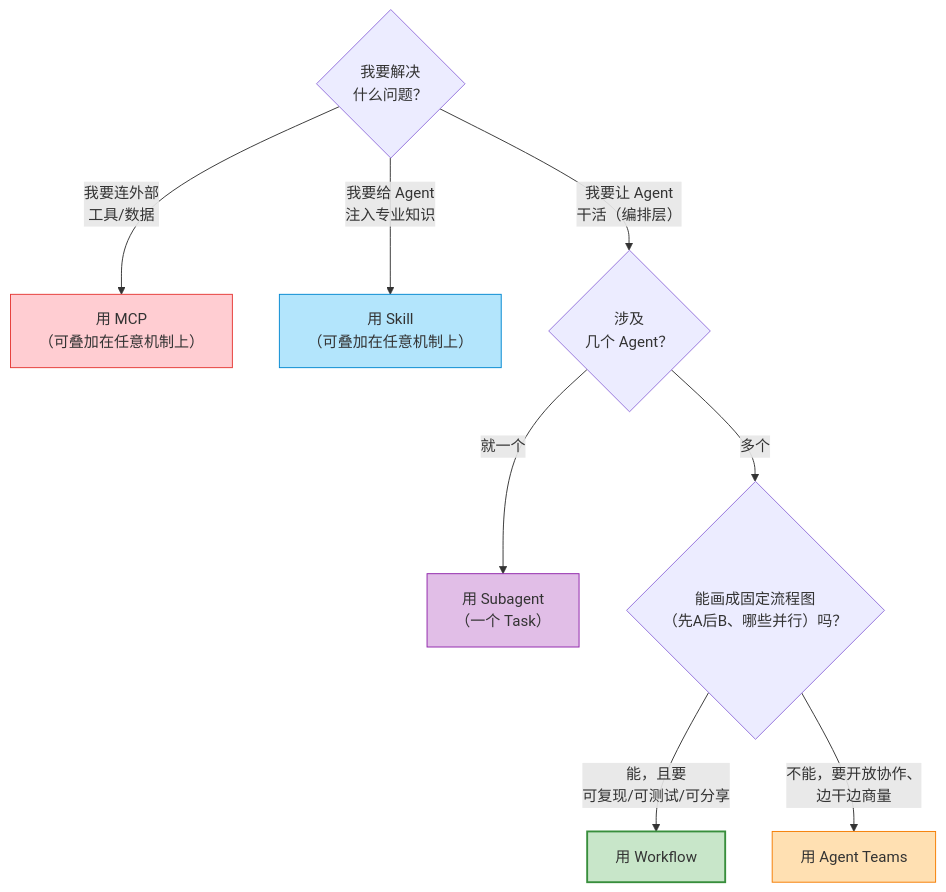
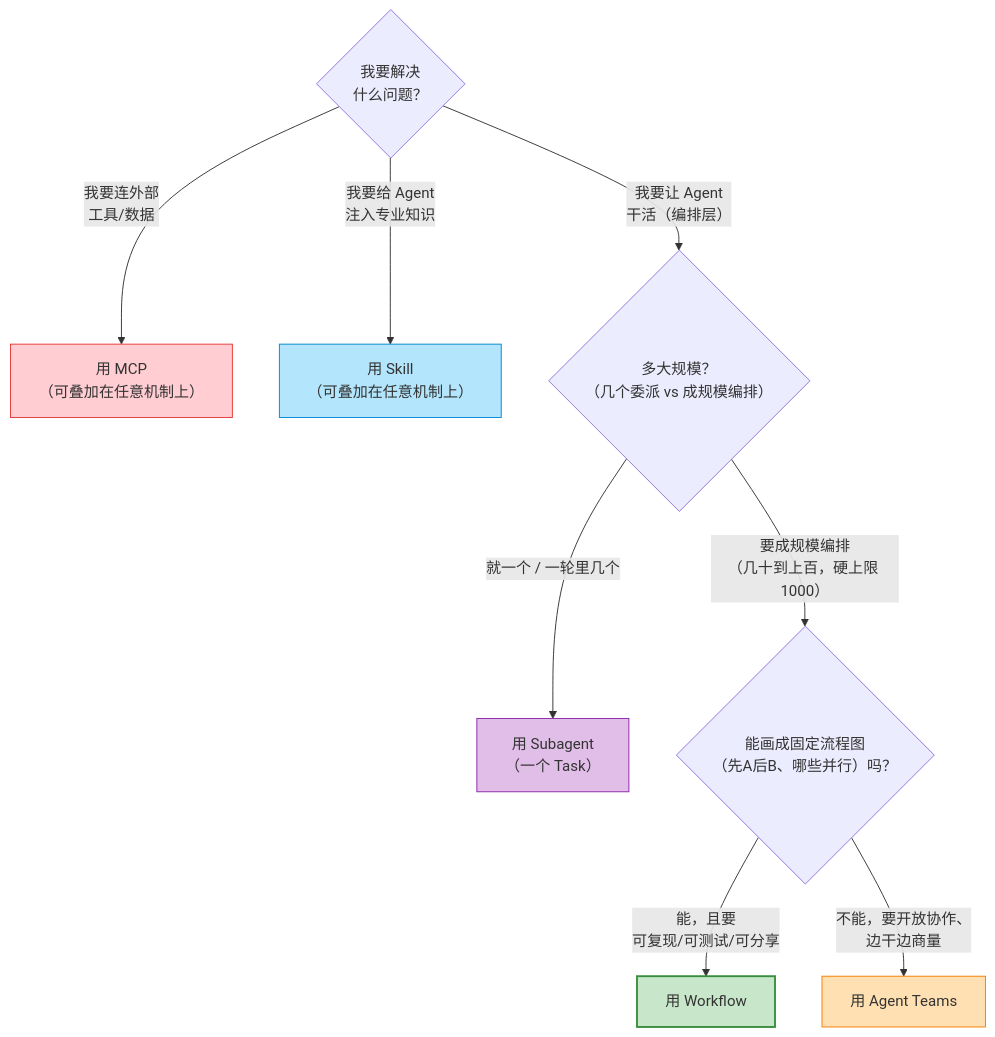
The sixth of 7 diagrams in docs/zh/p1-03-positioning-matrix.md (AGI-is-going-to-arrive/workflow-cookbook), drawn with Mermaid before and after one commit. The commit also changed other lines of this file and 80 other files, not shown here.

````diff
--- a/docs/zh/p1-03-positioning-matrix.md
+++ b/docs/zh/p1-03-positioning-matrix.md
@@ -244,20 +244,20 @@
 ```mermaid
 flowchart TD
     Start{"我要解决<br/>什么问题？"}
 
     Start -->|"我要连外部<br/>工具/数据"| MCP["用 MCP<br/>（可叠加在任意机制上）"]
     Start -->|"我要给 Agent<br/>注入专业知识"| SK["用 Skill<br/>（可叠加在任意机制上）"]
-    Start -->|"我要让 Agent<br/>干活（编排层）"| Q1{"涉及<br/>几个 Agent？"}
+    Start -->|"我要让 Agent<br/>干活（编排层）"| Q1{"多大规模？<br/>（几个委派 vs 成规模编排）"}
 
-    Q1 -->|"就一个"| SA["用 Subagent<br/>（一个 Task）"]
-    Q1 -->|"多个"| Q2{"能画成固定流程图<br/>（先A后B、哪些并行）吗？"}
+    Q1 -->|"就一个 / 一轮里几个"| SA["用 Subagent<br/>（一个 Task）"]
+    Q1 -->|"要成规模编排<br/>（几十到上百，硬上限 1000）"| Q2{"能画成固定流程图<br/>（先A后B、哪些并行）吗？"}
 
     Q2 -->|"能，且要<br/>可复现/可测试/可分享"| WF["用 Workflow"]
     Q2 -->|"不能，要开放协作、<br/>边干边商量"| AT["用 Agent Teams"]
 
     style WF fill:#c8e6c9,stroke:#388e3c,stroke-width:2px
     style AT fill:#ffe0b2,stroke:#f57c00
     style SA fill:#e1bee7,stroke:#8e24aa
     style SK fill:#b3e5fc,stroke:#0288d1
     style MCP fill:#ffcdd2,stroke:#e53935
 ```
````
